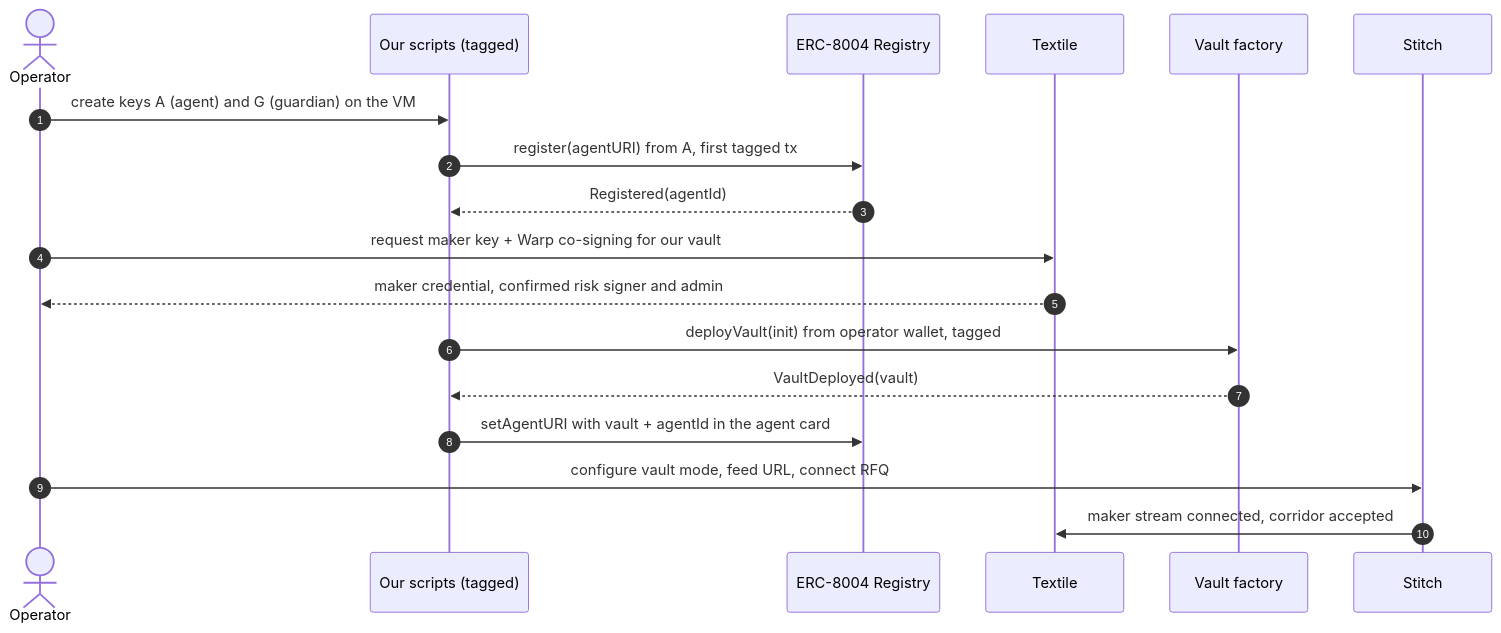
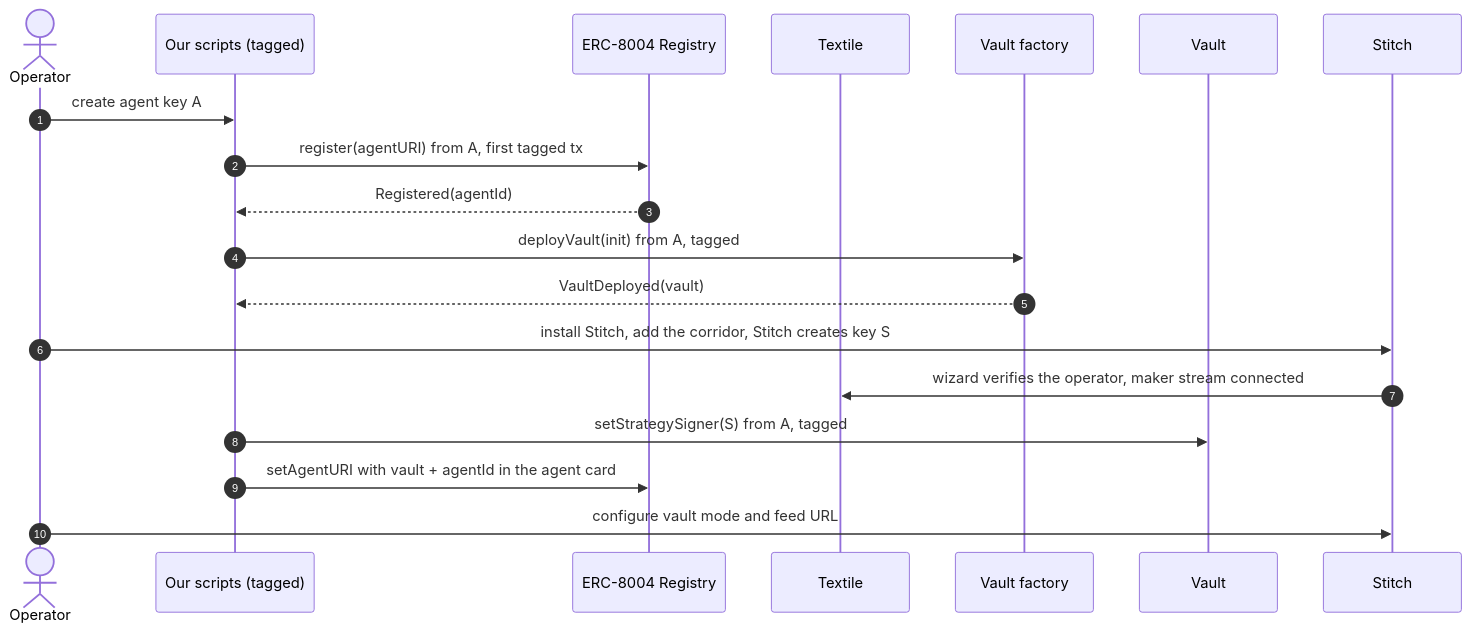
The fourth of 16 diagrams in docs/ARCHITECTURE.md (Kanasjnr/naira-desk), drawn with Mermaid before and after one commit. The commit also changed other lines of this file, not shown here.

Commit message:
docs: update vault roles and settings

````diff
--- a/docs/ARCHITECTURE.md
+++ b/docs/ARCHITECTURE.md
@@ -231,20 +237,21 @@
 ```mermaid
 sequenceDiagram
   autonumber
   actor Y as Operator
   participant SC as Our scripts (tagged)
   participant ID as ERC-8004 Registry
   participant TX as Textile
   participant FAC as Vault factory
+  participant V as Vault
   participant ST as Stitch
-  Y->>SC: create keys A (agent) and G (guardian) on the VM
+  Y->>SC: create agent key A
   SC->>ID: register(agentURI) from A, first tagged tx
   ID-->>SC: Registered(agentId)
-  Y->>TX: request maker key + Warp co-signing for our vault
-  TX-->>Y: maker credential, confirmed risk signer and admin
-  SC->>FAC: deployVault(init) from operator wallet, tagged
+  SC->>FAC: deployVault(init) from A, tagged
   FAC-->>SC: VaultDeployed(vault)
+  Y->>ST: install Stitch, add the corridor, Stitch creates key S
+  ST->>TX: wizard verifies the operator, maker stream connected
+  SC->>V: setStrategySigner(S) from A, tagged
   SC->>ID: setAgentURI with vault + agentId in the agent card
-  Y->>ST: configure vault mode, feed URL, connect RFQ
-  ST->>TX: maker stream connected, corridor accepted
+  Y->>ST: configure vault mode and feed URL
 ```
````
